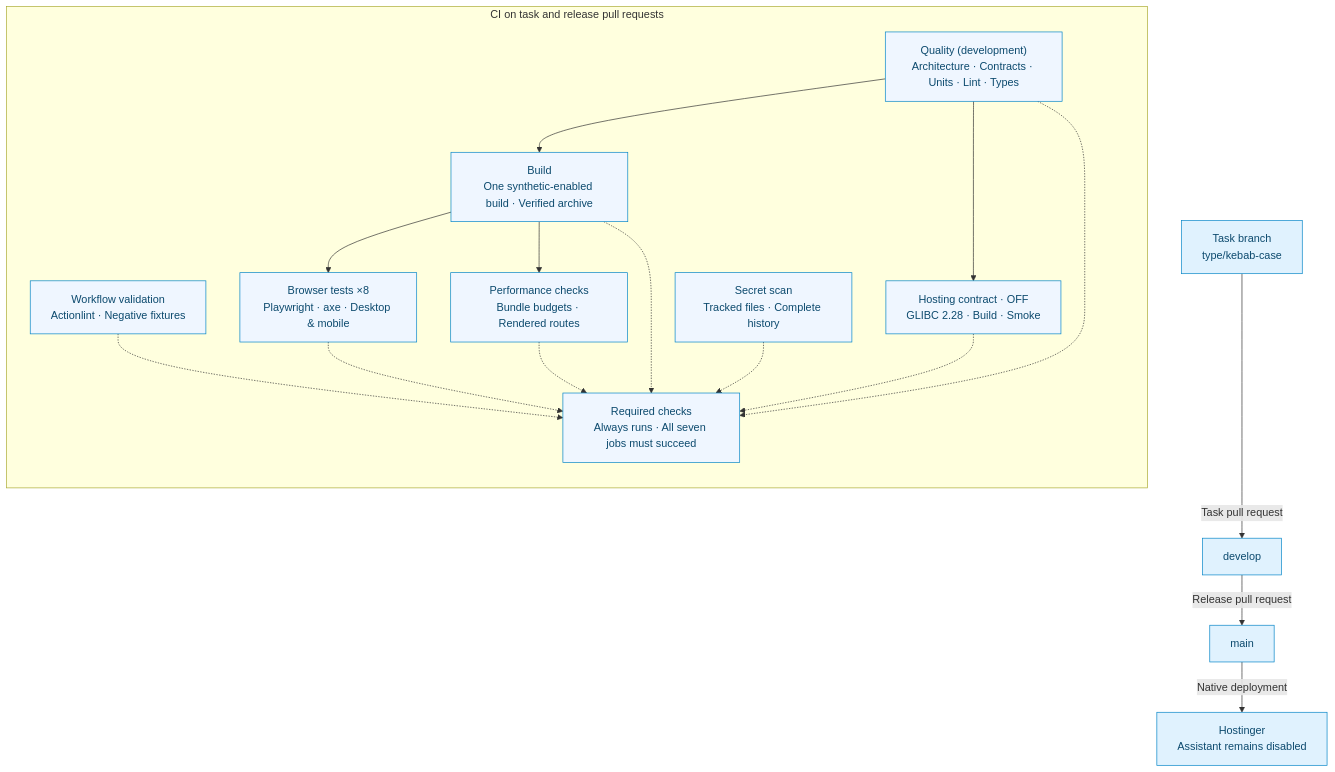
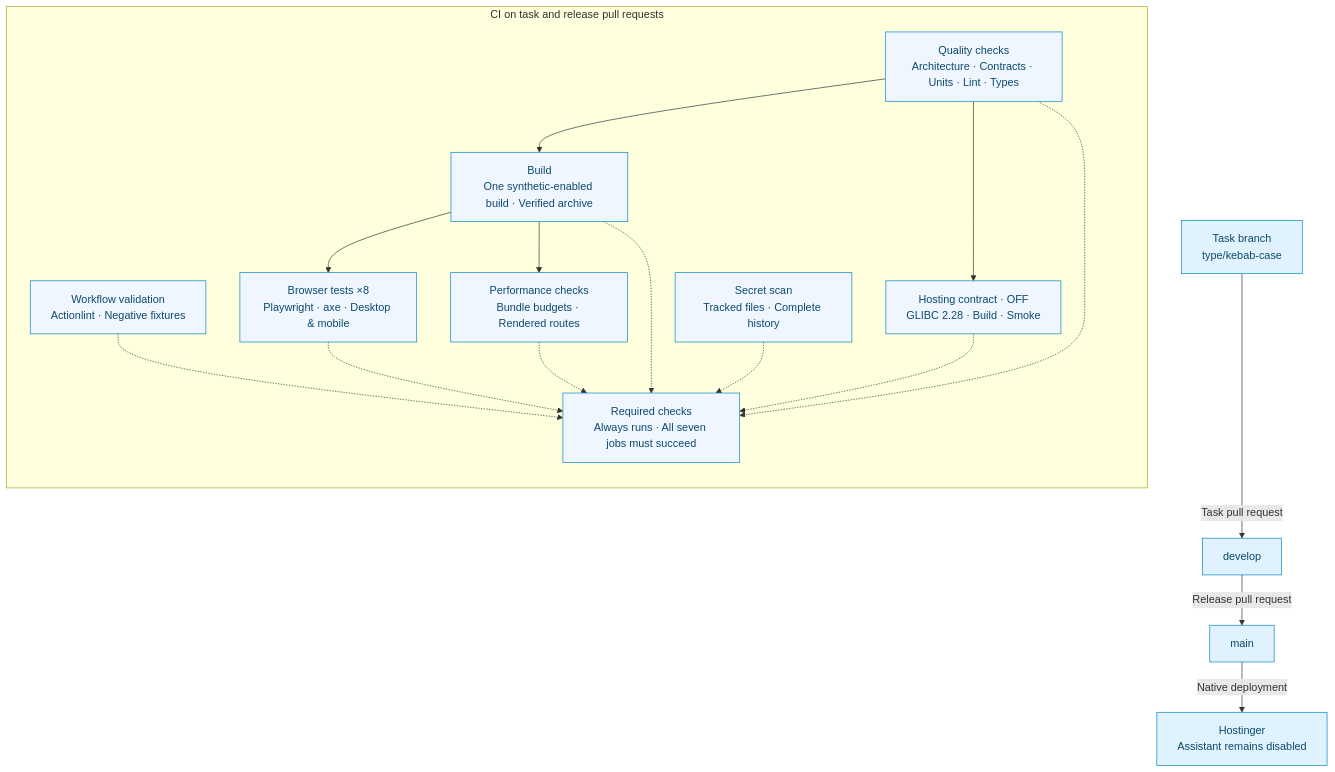
The diagram in docs/diagrams/delivery-flow.mmd (gonzalomartinperez/portfolio), drawn with Mermaid before and after one commit. The commit also changed 9 other files, not shown here.

```diff
--- a/docs/diagrams/delivery-flow.mmd
+++ b/docs/diagrams/delivery-flow.mmd
@@ -1,30 +1,30 @@
 flowchart TB
     TASK["Task branch<br/>type/kebab-case"] -->|"Task pull request"| DEV["develop"]
     DEV -->|"Release pull request"| MAIN["main"]
     MAIN -->|"Native deployment"| LIVE["Hostinger<br/>Assistant remains disabled"]
     subgraph GATE["CI on task and release pull requests"]
         direction TB
         WORKFLOWS["Workflow validation<br/>Actionlint · Negative fixtures"]
         SECRETS["Secret scan<br/>Tracked files · Complete history"]
-        QUALITY["Quality (development)<br/>Architecture · Contracts · Units · Lint · Types"]
+        QUALITY["Quality checks<br/>Architecture · Contracts · Units · Lint · Types"]
         BUILD["Build<br/>One synthetic-enabled build · Verified archive"]
         HOSTING["Hosting contract · OFF<br/>GLIBC 2.28 · Build · Smoke"]
         BROWSER["Browser tests ×8<br/>Playwright · axe · Desktop & mobile"]
         PERF["Performance checks<br/>Bundle budgets · Rendered routes"]
         AGG["Required checks<br/>Always runs · All seven jobs must succeed"]
         QUALITY --> BUILD
         QUALITY --> HOSTING
         BUILD --> BROWSER
         BUILD --> PERF
         WORKFLOWS -.-> AGG
         SECRETS -.-> AGG
         QUALITY -.-> AGG
         BUILD -.-> AGG
         HOSTING -.-> AGG
         BROWSER -.-> AGG
         PERF -.-> AGG
     end
     classDef branch fill:#e0f2fe,stroke:#0284c7,color:#0c4a6e;
     classDef check fill:#eff6ff,stroke:#0284c7,color:#0c4a6e;
     class TASK,DEV,MAIN,LIVE branch;
     class WORKFLOWS,SECRETS,QUALITY,BUILD,HOSTING,BROWSER,PERF,AGG check;
```
